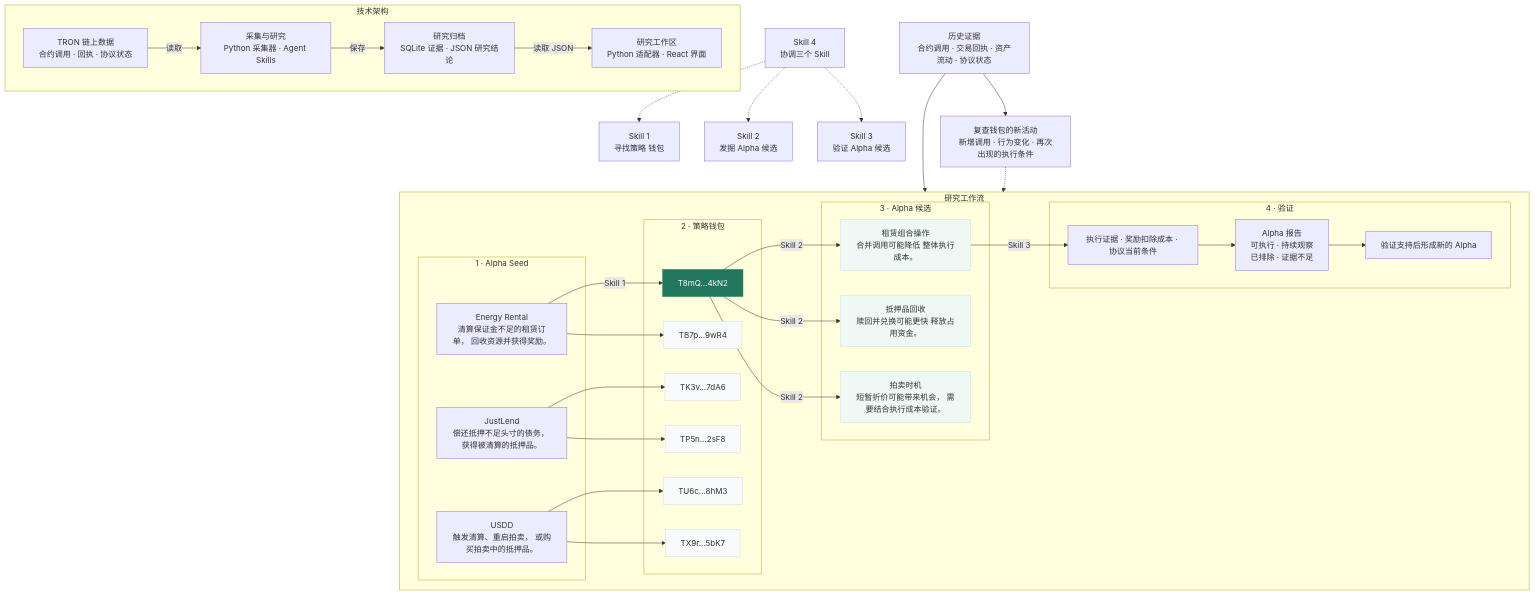
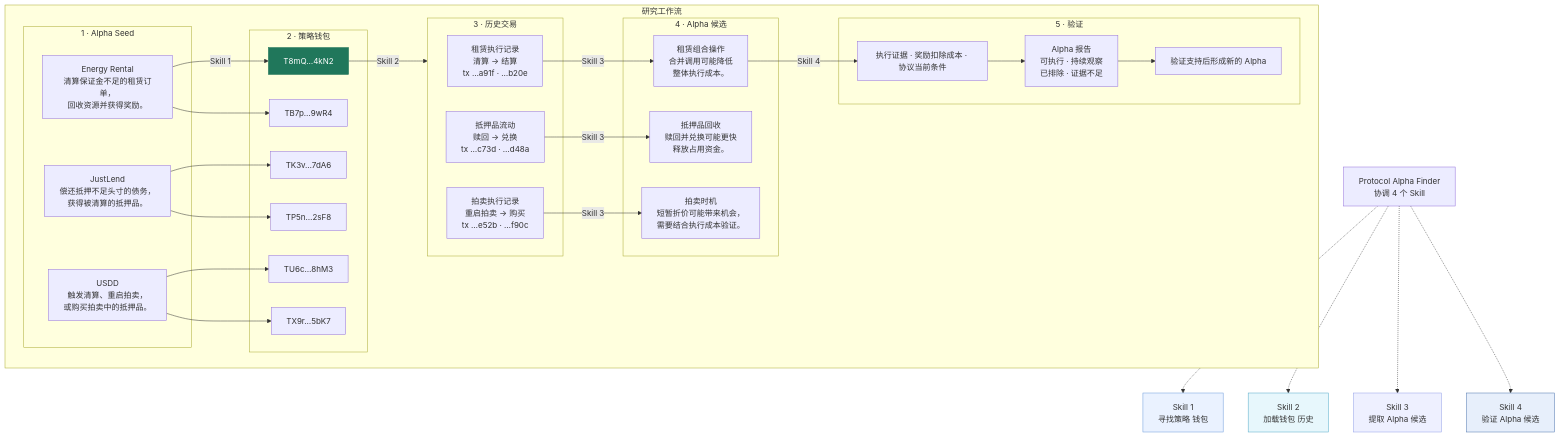
The diagram in docs/diagrams/system-architecture-zh-CN.mmd (qinyh10300/protocol-alpha-finder), drawn with Mermaid before and after one commit. The commit also changed 10 other files, not shown here.

```diff
--- a/docs/diagrams/system-architecture-zh-CN.mmd
+++ b/docs/diagrams/system-architecture-zh-CN.mmd
@@ -1,71 +1,59 @@
 flowchart TB
     subgraph FLOW["研究工作流"]
         direction LR
         subgraph SEEDS["1 · Alpha Seed"]
-            SEED0["Energy Rental<br/>清算保证金不足的租赁订单， 回收资源并获得奖励。"]
-            SEED1["JustLend<br/>偿还抵押不足头寸的债务， 获得被清算的抵押品。"]
-            SEED2["USDD<br/>触发清算、重启拍卖， 或购买拍卖中的抵押品。"]
+            SEED0["Energy Rental<br/>清算保证金不足的租赁订单，<br/>回收资源并获得奖励。"]
+            SEED1["JustLend<br/>偿还抵押不足头寸的债务，<br/>获得被清算的抵押品。"]
+            SEED2["USDD<br/>触发清算、重启拍卖，<br/>或购买拍卖中的抵押品。"]
         end
         subgraph WALLETS["2 · 策略钱包"]
             WALLET0["T8mQ…4kN2"]
             WALLET1["TB7p…9wR4"]
             WALLET2["TK3v…7dA6"]
             WALLET3["TP5n…2sF8"]
             WALLET4["TU6c…8hM3"]
             WALLET5["TX9r…5bK7"]
         end
-        subgraph CANDIDATES["3 · Alpha 候选"]
-            CANDIDATE0["租赁组合操作<br/>合并调用可能降低 整体执行成本。"]
-            CANDIDATE1["抵押品回收<br/>赎回并兑换可能更快 释放占用资金。"]
-            CANDIDATE2["拍卖时机<br/>短暂折价可能带来机会， 需要结合执行成本验证。"]
+        subgraph HISTORYS["3 · 历史交易"]
+            HISTORY0["租赁执行记录<br/>清算 → 结算<br/>tx …a91f · …b20e"]
+            HISTORY1["抵押品流动<br/>赎回 → 兑换<br/>tx …c73d · …d48a"]
+            HISTORY2["拍卖执行记录<br/>重启拍卖 → 购买<br/>tx …e52b · …f90c"]
         end
-        subgraph VALIDATION["4 · 验证"]
+        subgraph CANDIDATES["4 · Alpha 候选"]
+            CANDIDATE0["租赁组合操作<br/>合并调用可能降低<br/>整体执行成本。"]
+            CANDIDATE1["抵押品回收<br/>赎回并兑换可能更快<br/>释放占用资金。"]
+            CANDIDATE2["拍卖时机<br/>短暂折价可能带来机会，<br/>需要结合执行成本验证。"]
+        end
+        subgraph VALIDATION["5 · 验证"]
             CHECK["执行证据 · 奖励扣除成本 · 协议当前条件"]
             REPORT["Alpha 报告<br/>可执行 · 持续观察<br/>已排除 · 证据不足"]
             NEW["验证支持后形成新的 Alpha"]
             CHECK --> REPORT --> NEW
         end
         SEED0 -->|Skill 1| WALLET0
         SEED0 --> WALLET1
         SEED1 --> WALLET2
         SEED1 --> WALLET3
         SEED2 --> WALLET4
         SEED2 --> WALLET5
-        WALLET0 -->|Skill 2| CANDIDATE0
-        WALLET0 -->|Skill 2| CANDIDATE1
-        WALLET0 -->|Skill 2| CANDIDATE2
-        CANDIDATE0 -->|Skill 3| CHECK
+        WALLET0 -->|Skill 2| HISTORYS
+        HISTORY0 -->|Skill 3| CANDIDATE0
+        HISTORY1 -->|Skill 3| CANDIDATE1
+        HISTORY2 -->|Skill 3| CANDIDATE2
+        CANDIDATE0 -->|Skill 4| CHECK
     end
     S1["Skill 1<br/>寻找策略 钱包"]
-    S2["Skill 2<br/>发掘 Alpha 候选"]
-    S3["Skill 3<br/>验证 Alpha 候选"]
-    S4["Skill 4<br/>协调三个 Skill"]
-    S4 -.-> S1
-    S4 -.-> S2
-    S4 -.-> S3
-    HISTORY["历史证据<br/>合约调用 · 交易回执 · 资产流动 · 协议状态"]
-    OBSERVE["复查钱包的新活动<br/>新增调用 · 行为变化 · 再次出现的执行条件"]
-    HISTORY --> FLOW
-    HISTORY --> OBSERVE
-    OBSERVE -.-> FLOW
-    %% 地址与候选均为方法示意 · 高亮钱包展开为三个候选机制。
-    %% 重复采集与复查；当前由手动启动检查。
+    S2["Skill 2<br/>加载钱包 历史"]
+    S3["Skill 3<br/>提取 Alpha 候选"]
+    S4["Skill 4<br/>验证 Alpha 候选"]
+    COORD["Protocol Alpha Finder<br/>协调 4 个 Skill"]
+    COORD -.-> S1
+    COORD -.-> S2
+    COORD -.-> S3
+    COORD -.-> S4
     style WALLET0 fill:#20775b,stroke:#20775b,color:#ffffff
-    style WALLET1 fill:#f8fafc,stroke:#d3dce6
-    style WALLET2 fill:#f8fafc,stroke:#d3dce6
-    style WALLET3 fill:#f8fafc,stroke:#d3dce6
-    style WALLET4 fill:#f8fafc,stroke:#d3dce6
-    style WALLET5 fill:#f8fafc,stroke:#d3dce6
-    style CANDIDATE0 fill:#eef8f4,stroke:#c9e5d9
-    style CANDIDATE1 fill:#eef8f4,stroke:#c9e5d9
-    style CANDIDATE2 fill:#eef8f4,stroke:#c9e5d9
-    subgraph TECH["技术架构"]
-        direction LR
-        T0["TRON 链上数据<br/>合约调用 · 回执 · 协议状态"]
-        T1["采集与研究<br/>Python 采集器 · Agent Skills"]
-        T0 -->|读取| T1
-        T2["研究归档<br/>SQLite 证据 · JSON 研究结论"]
-        T1 -->|保存| T2
-        T3["研究工作区<br/>Python 适配器 · React 界面"]
-        T2 -->|读取 JSON| T3
-    end
+    style S1 fill:#eaf2ff,stroke:#6c9ad9
+    style S2 fill:#e7f7fc,stroke:#53a9c7
+    style S3 fill:#eef0ff,stroke:#929fe8
+    style S4 fill:#e7effb,stroke:#4d74ad
+    %% 地址与交易分组均为方法示意。选中钱包提供历史记录，三组交易证据分别产生三个候选假设，图中选取一个进入验证。Protocol Alpha Finder 统一协调四个编号操作，并记录历史数据覆盖情况。
```
